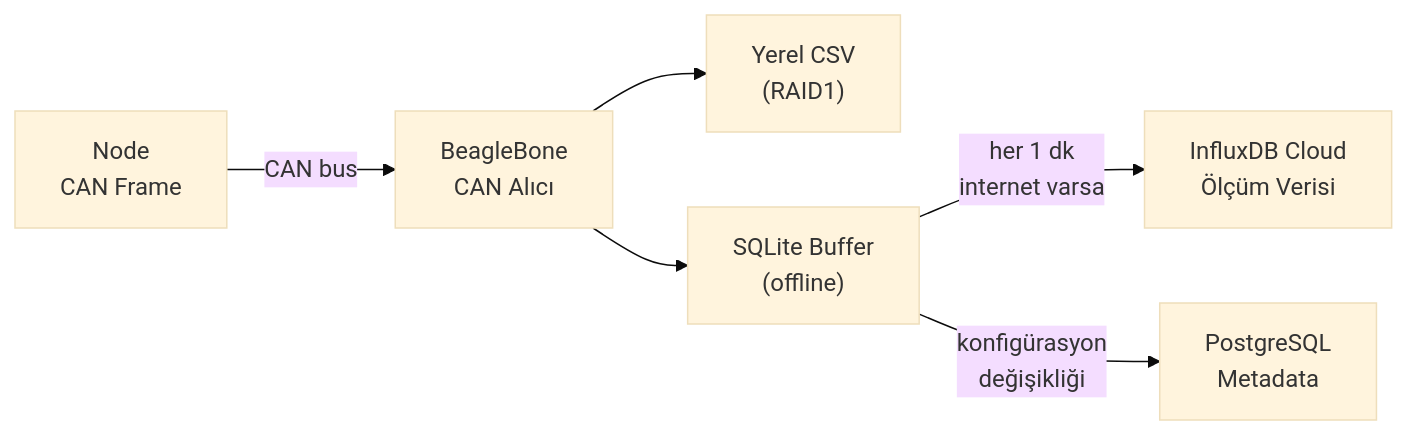
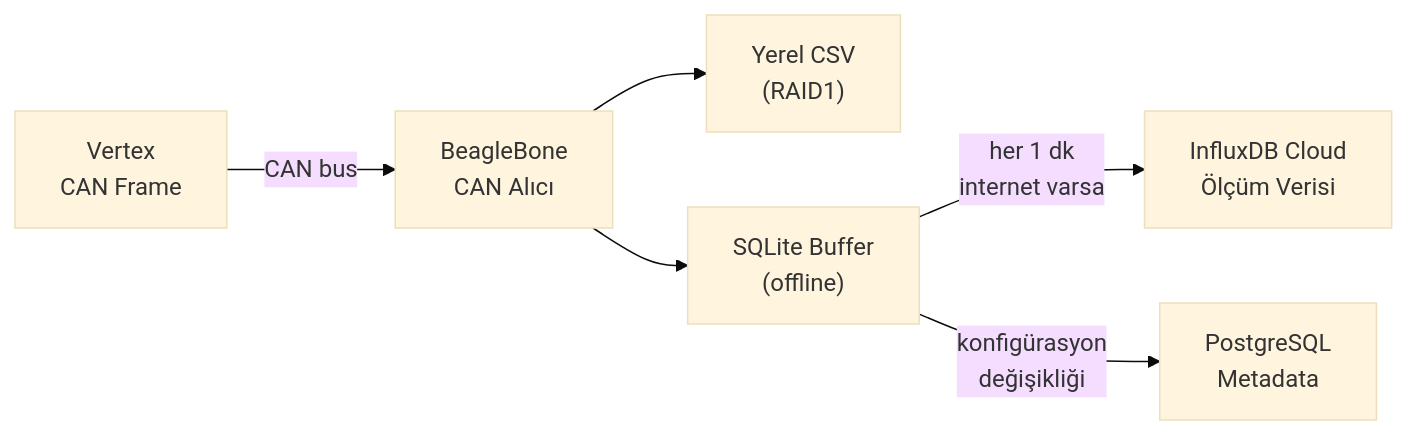
The diagram in docs/03-software/data-collection.md (mkadayifci/tronloop-defteri-kebir), drawn with Mermaid (base theme) before and after one commit. The commit also changed other lines of this file and 21 other files, not shown here.

````diff
--- a/docs/03-software/data-collection.md
+++ b/docs/03-software/data-collection.md
@@ -9,8 +23,8 @@
 ```mermaid
 flowchart LR
-    N["Node<br/>CAN Frame"] -->|"CAN bus"| BB["BeagleBone<br/>CAN Alıcı"]
+    N["Vertex<br/>CAN Frame"] -->|"CAN bus"| BB["BeagleBone<br/>CAN Alıcı"]
     BB --> CSV["Yerel CSV<br/>(RAID1)"]
     BB --> BUF["SQLite Buffer<br/>(offline)"]
     BUF -->|"her 1 dk<br/>internet varsa"| INFLUX["InfluxDB Cloud<br/>Ölçüm Verisi"]
     BUF -->|"konfigürasyon<br/>değişikliği"| PG["PostgreSQL<br/>Metadata"]
 ```
````
